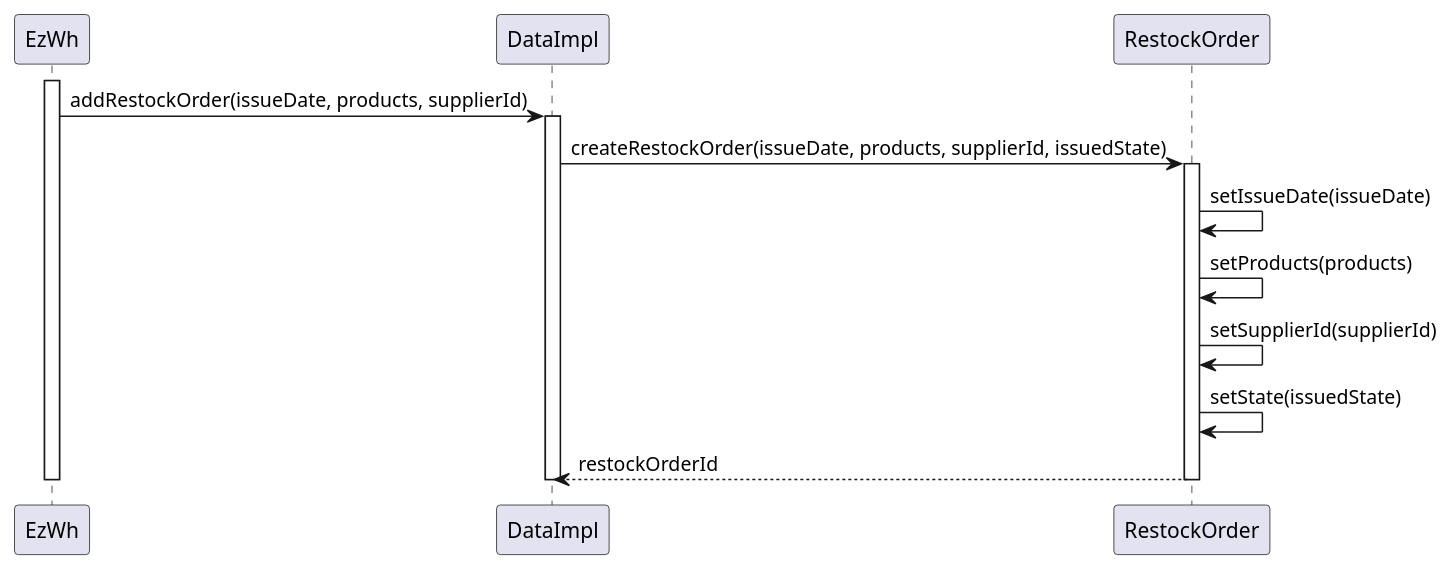
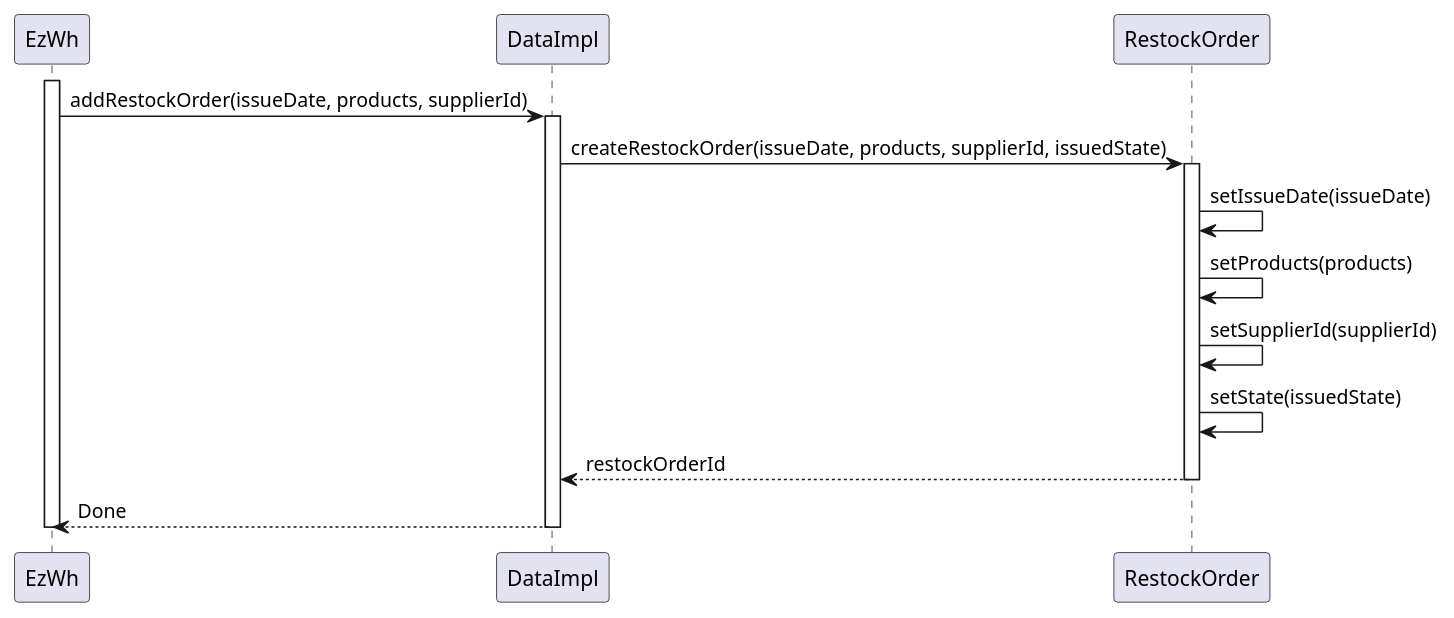
One commit to Guarecuco/EzWh changed the second of 4 diagrams in DesignDocument.md. Above: the diagram before and after it, drawn with PlantUML. The commit also changed other lines of this file, not shown here.

Commit message:
added Seq. Diagrams

````diff
--- a/DesignDocument.md
+++ b/DesignDocument.md
@@ -359,15 +361,16 @@
 ```plantuml
 activate EzWh
 EzWh->DataImpl: addRestockOrder(issueDate, products, supplierId)
 activate DataImpl
 DataImpl -> RestockOrder: createRestockOrder(issueDate, products, supplierId, issuedState)
 activate RestockOrder
 RestockOrder-> RestockOrder: setIssueDate(issueDate)
 RestockOrder-> RestockOrder: setProducts(products)
 RestockOrder -> RestockOrder: setSupplierId(supplierId)
 RestockOrder-> RestockOrder: setState(issuedState)
 RestockOrder--> DataImpl: restockOrderId
 deactivate RestockOrder
+DataImpl --> EzWh: Done
 deactivate DataImpl
 deactivate EzWh
 ```
````
